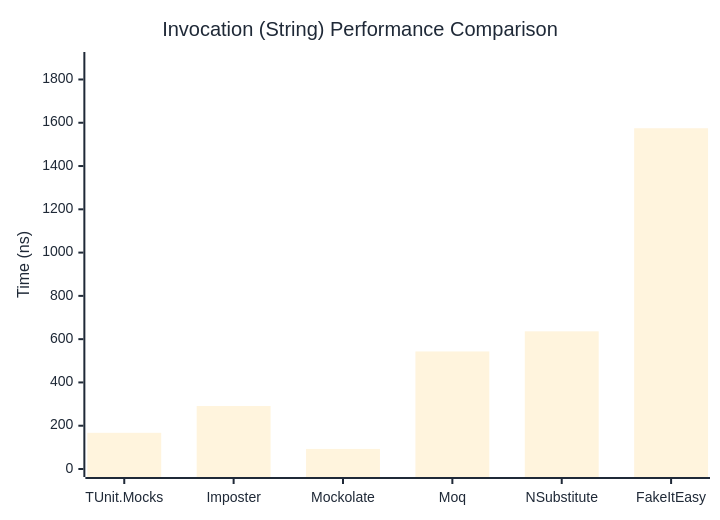
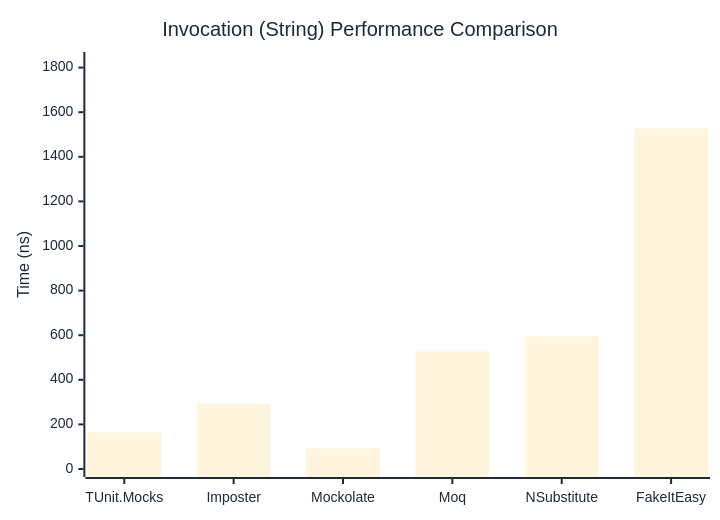
Before and after one commit to thomhurst/TUnit: the second of 3 diagrams in docs/docs/benchmarks/mocks/Invocation.md, drawn with Mermaid. The commit also changed other lines of this file and 14 other files, not shown here.

````diff
--- a/docs/docs/benchmarks/mocks/Invocation.md
+++ b/docs/docs/benchmarks/mocks/Invocation.md
@@ -71,27 +71,27 @@
 ```mermaid
 %%{init: {
   'theme':'base',
   'themeVariables': {
     'primaryColor': '#2563eb',
     'primaryTextColor': '#1f2937',
     'primaryBorderColor': '#1e40af',
     'lineColor': '#6b7280',
     'secondaryColor': '#7c3aed',
     'tertiaryColor': '#dc2626',
     'background': '#ffffff',
     'pie1': '#2563eb',
     'pie2': '#7c3aed',
     'pie3': '#dc2626',
     'pie4': '#f59e0b',
     'pie5': '#10b981',
     'pie6': '#06b6d4',
     'pie7': '#ec4899',
     'pie8': '#6366f1'
   }
 }}%%
 xychart-beta
   title "Invocation (String) Performance Comparison"
   x-axis ["TUnit.Mocks", "Imposter", "Mockolate", "Moq", "NSubstitute", "FakeItEasy"]
-  y-axis "Time (ns)" 0 --> 1890
-  bar [167.15, 291.19, 92.76, 543.19, 636.18, 1574.66]
+  y-axis "Time (ns)" 0 --> 1834
+  bar [164.54, 293.66, 92.57, 526.72, 595.15, 1528.14]
 ```
````
